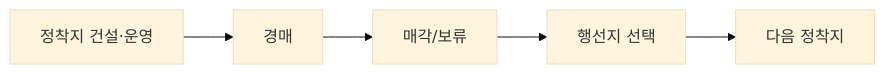
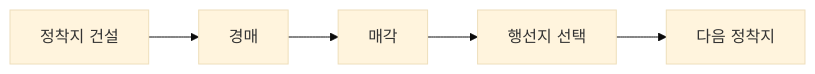
Before and after one commit to ashadeveloperr/ashadeveloperr.github.io: the first of 12 diagrams in src/3-desert-settlement/기술문서.md, drawn with Mermaid (base theme). The commit also changed other lines of this file and 2 other files, not shown here.

````diff
--- a/src/3-desert-settlement/기술문서.md
+++ b/src/3-desert-settlement/기술문서.md
@@ -26,5 +39,5 @@
 ```mermaid
 flowchart LR
   %% simple — 작은 설명 도표: 상세 문서에서 원문·크게 보기 줄을 숨김
-  A["정착지 건설·운영"] --> B["경매"] --> C["매각/보류"] --> D["행선지 선택"] --> E["다음 정착지"]
+  A["정착지 건설"] --> B["경매"] --> C["매각"] --> D["행선지 선택"] --> E["다음 정착지"]
 ```
````
